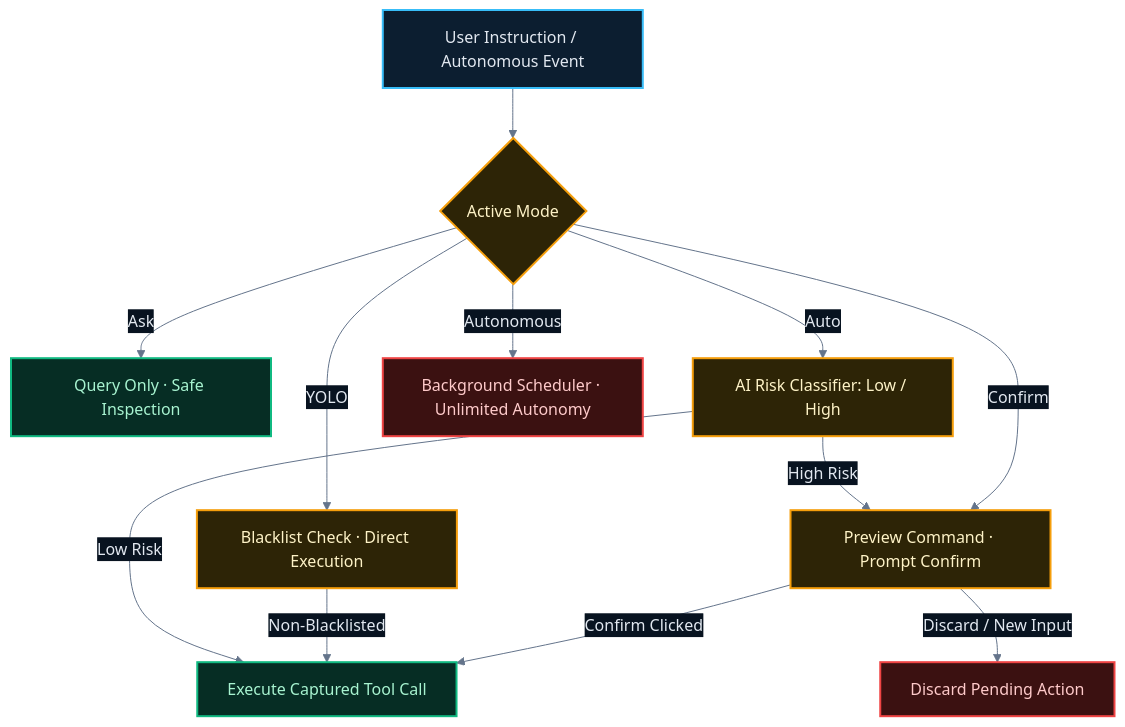
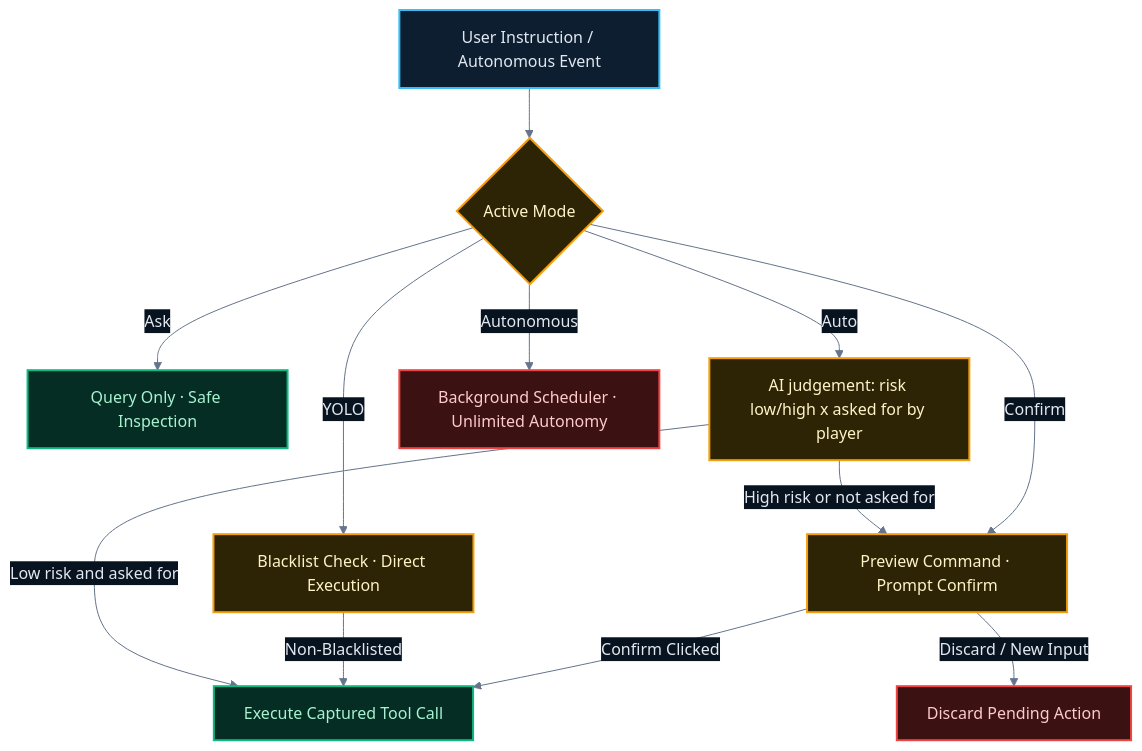
Before and after one commit to mushroomTW/RimAgent: the diagram in README.md, drawn with Mermaid. The commit also changed other lines of this file and 11 other files, not shown here.

````diff
--- a/README.md
+++ b/README.md
@@ -118,23 +118,23 @@
 ```mermaid
 %%{init: {"theme": "base", "themeVariables": {
   "primaryColor": "#0c1e30", "primaryTextColor": "#e2e8f0", "primaryBorderColor": "#38bdf8",
   "lineColor": "#64748b", "secondaryColor": "#081320", "tertiaryColor": "#1e293b",
   "fontFamily": "system-ui, -apple-system, Segoe UI, Roboto, sans-serif"}}}%%
 flowchart TD
     classDef safe fill:#062d24,stroke:#10b981,color:#a7f3d0,stroke-width:2px
     classDef check fill:#2d2406,stroke:#f59e0b,color:#fef3c7,stroke-width:2px
     classDef alert fill:#3b1111,stroke:#ef4444,color:#fecaca,stroke-width:2px
     classDef agent fill:#0c1e30,stroke:#38bdf8,color:#e2e8f0,stroke-width:2px
 
     CMD[User Instruction / Autonomous Event]:::agent --> MODE{Active Mode}:::check
     MODE -->|Ask| QRY[Query Only · Safe Inspection]:::safe
     MODE -->|Confirm| PRE[Preview Command · Prompt Confirm]:::check
     MODE -->|YOLO| YOL[Blacklist Check · Direct Execution]:::check
-    MODE -->|Auto| CLF[AI Risk Classifier: Low / High]:::check
+    MODE -->|Auto| CLF[AI judgement: risk low/high x asked for by player]:::check
     MODE -->|Autonomous| SCH[Background Scheduler · Unlimited Autonomy]:::alert
     PRE -->|Confirm Clicked| EXEC[Execute Captured Tool Call]:::safe
     PRE -->|Discard / New Input| DROP[Discard Pending Action]:::alert
     YOL -->|Non-Blacklisted| EXEC
-    CLF -->|Low Risk| EXEC
-    CLF -->|High Risk| PRE
+    CLF -->|Low risk and asked for| EXEC
+    CLF -->|High risk or not asked for| PRE
 ```
````
